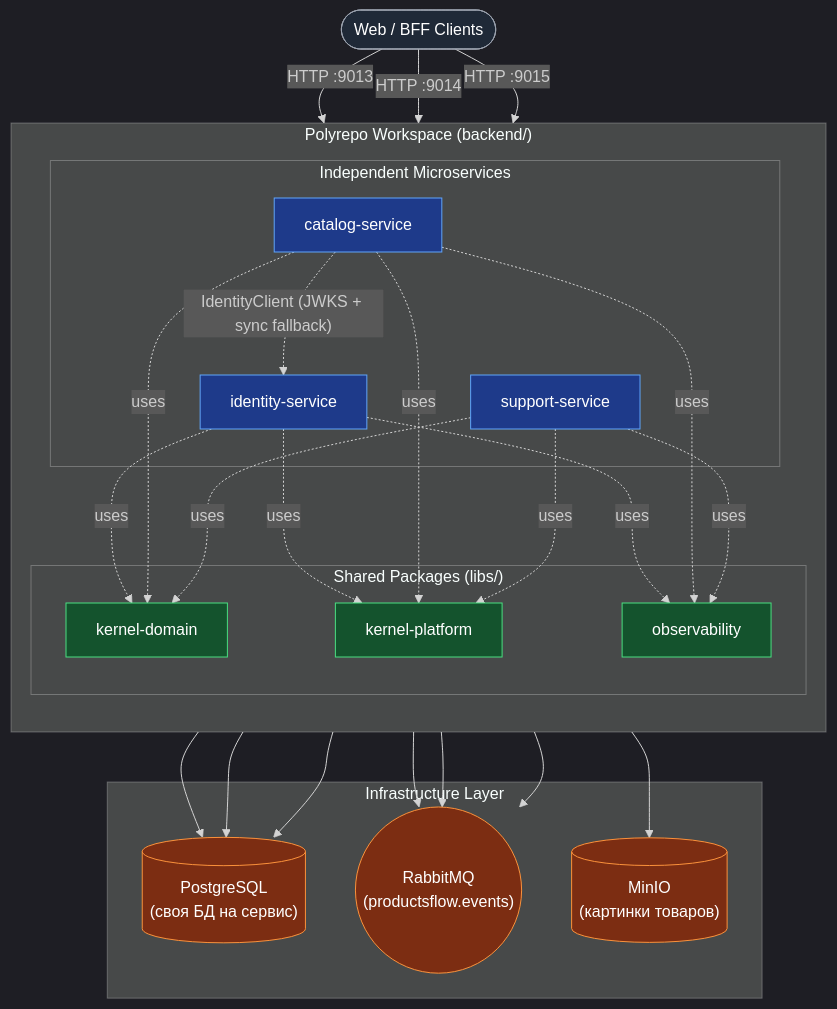
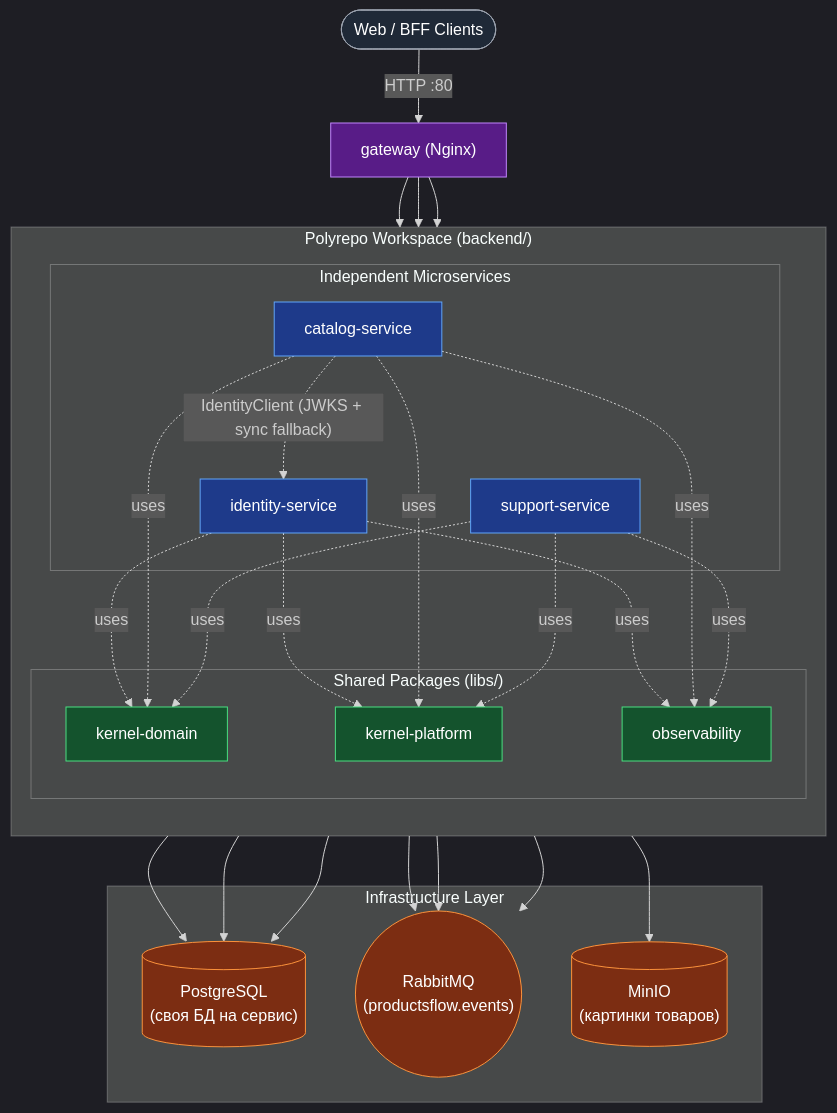
The first of 13 diagrams in docs/architecture/backend_architecture.md (PVMalove/ProductsFlow), drawn with Mermaid before and after one commit. The commit also changed other lines of this file and 15 other files, not shown here.

````diff
--- a/docs/architecture/backend_architecture.md
+++ b/docs/architecture/backend_architecture.md
@@ -78,51 +78,54 @@
 ```mermaid
 %%{init: {'theme': 'dark'}}%%
 graph TD
     Client(["Web / BFF Clients"])
 
-    Client -->|"HTTP :9013"| IS["identity-service"]
-    Client -->|"HTTP :9014"| CS["catalog-service"]
-    Client -->|"HTTP :9015"| SS["support-service"]
+    Client -->|"HTTP :80"| GW["gateway (Nginx)"]
+
+    GW --> IS["identity-service"]
+    GW --> CS["catalog-service"]
+    GW --> SS["support-service"]
 
     subgraph "Polyrepo Workspace (backend/)"
         direction TB
 
         subgraph "Independent Microservices"
             IS
             CS
             SS
         end
 
         subgraph "Shared Packages (libs/)"
             KD["kernel-domain"]
             KP["kernel-platform"]
             OBS["observability"]
         end
 
         IS -. "uses" .-> KD & KP & OBS
         CS -. "uses" .-> KD & KP & OBS
         SS -. "uses" .-> KD & KP & OBS
         CS -. "IdentityClient (JWKS + sync fallback)" .-> IS
     end
 
     subgraph "Infrastructure Layer"
         DB[("PostgreSQL<br/>(своя БД на сервис)")]
         MQ(("RabbitMQ<br/>(productsflow.events)"))
         S3[("MinIO<br/>(картинки товаров)")]
     end
 
     IS --> DB & MQ
     CS --> DB & MQ & S3
     SS --> DB & MQ
 
     style Client fill:#1f2937,stroke:#9ca3af,color:#fff
+    style GW fill:#581c87,stroke:#c084fc,color:#fff
     style IS fill:#1e3a8a,stroke:#60a5fa,color:#fff
     style CS fill:#1e3a8a,stroke:#60a5fa,color:#fff
     style SS fill:#1e3a8a,stroke:#60a5fa,color:#fff
     style KD fill:#14532d,stroke:#4ade80,color:#fff
     style KP fill:#14532d,stroke:#4ade80,color:#fff
     style OBS fill:#14532d,stroke:#4ade80,color:#fff
     style DB fill:#7c2d12,stroke:#fb923c,color:#fff
     style MQ fill:#7c2d12,stroke:#fb923c,color:#fff
     style S3 fill:#7c2d12,stroke:#fb923c,color:#fff
 ```
````
